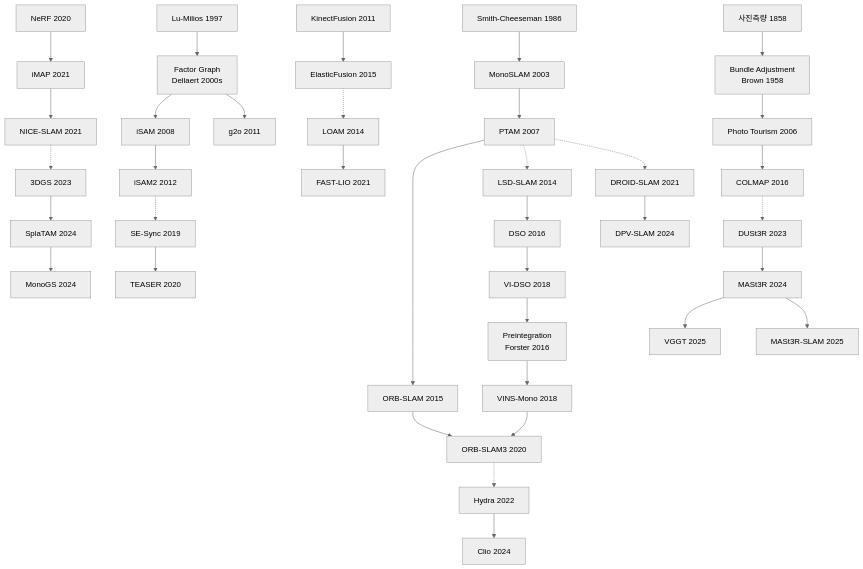
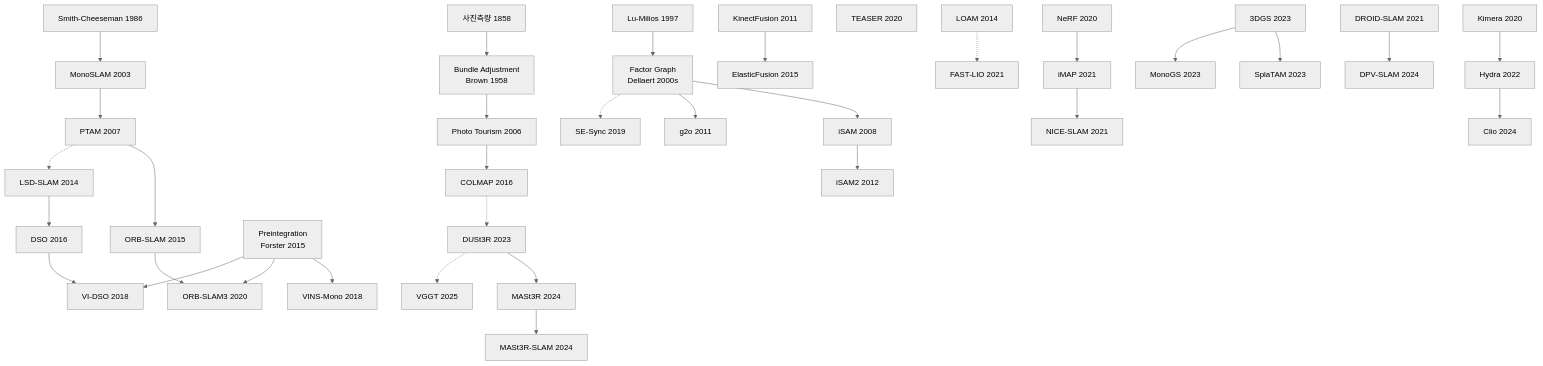
Before and after one commit to alexjunholee/slam-history-book: the diagram in chapter_19_open_problems.md, drawn with Mermaid (neutral theme). The commit also changed other lines of this file and 47 other files, not shown here.

````diff
--- a/chapter_19_open_problems.md
+++ b/chapter_19_open_problems.md
@@ -135,7 +137,7 @@
   iSAM2[iSAM2 2012]
   g2o[g2o 2011]
 
-  Forster[Preintegration<br/>Forster 2016]
+  Forster[Preintegration<br/>Forster 2015]
   VINS[VINS-Mono 2018]
 
   Kinect[KinectFusion 2011]
@@ -152,8 +154,8 @@
   NICE[NICE-SLAM 2021]
 
   GS3D[3DGS 2023]
-  Spla[SplaTAM 2024]
-  MonoGS[MonoGS 2024]
+  Spla[SplaTAM 2023]
+  MonoGS[MonoGS 2023]
 
   DROID[DROID-SLAM 2021]
   DPV[DPV-SLAM 2024]
@@ -161,8 +163,9 @@
   DUSt3R[DUSt3R 2023]
   MASt[MASt3R 2024]
   VGGT[VGGT 2025]
-  MASlam[MASt3R-SLAM 2025]
+  MASlam[MASt3R-SLAM 2024]
 
+  Kimera[Kimera 2020]
   Hydra[Hydra 2022]
   Clio[Clio 2024]
 
@@ -171,17 +174,20 @@
   PTAM -.-> LSD --> DSO --> VIDSO
   LM --> FG --> iSAM --> iSAM2
   FG --> g2o
-  iSAM2 -.-> SESync --> TEASER
-  Forster --> VINS --> ORB3
-  VIDSO --> Forster
+  FG -.-> SESync
+  Forster --> VINS
+  Forster --> ORB3
+  Forster --> VIDSO
   Kinect --> Elastic
-  Elastic -.-> LOAM --> FAST
+  LOAM -.-> FAST
   NeRF --> iMAP --> NICE
-  NICE -.-> GS3D --> Spla --> MonoGS
-  PTAM -.-> DROID --> DPV
-  COLMAP -.-> DUSt3R --> MASt --> VGGT
+  GS3D --> Spla
+  GS3D --> MonoGS
+  DROID --> DPV
+  COLMAP -.-> DUSt3R --> MASt
+  DUSt3R -.-> VGGT
   MASt --> MASlam
-  ORB3 -.-> Hydra --> Clio
+  Kimera --> Hydra --> Clio
 
   click PM "#chapter-1" "Ch.1 선사시대 — 사진측량"
   click BA "#chapter-1" "Ch.1 선사시대 — Bundle Adjustment"
@@ -220,6 +226,7 @@
   click MASt "#chapter-16" "Ch.16 — MASt3R"
   click VGGT "#chapter-16" "Ch.16 — VGGT"
   click MASlam "#chapter-16" "Ch.16 — MASt3R-SLAM"
+  click Kimera "#chapter-16" "Ch.16 §16.6 Semantic Foundation — Kimera"
   click Hydra "#chapter-16" "Ch.16 §16.6 Semantic Foundation"
   click Clio "#chapter-16" "Ch.16 §16.6 — Clio"
 ```
````
